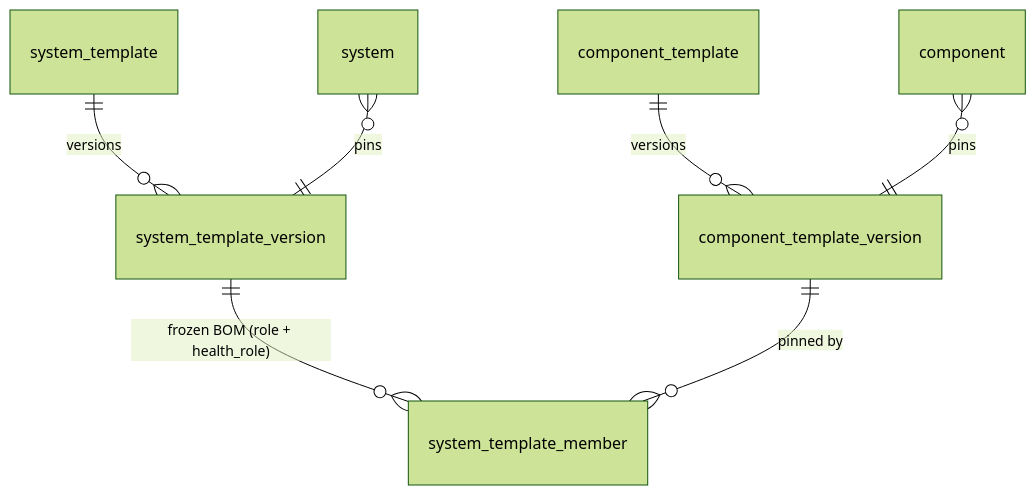
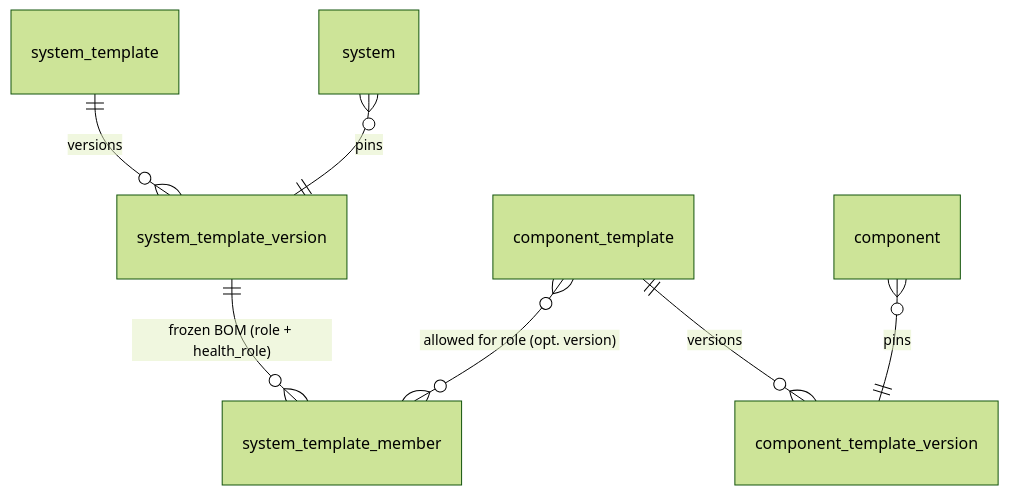
Before and after one commit to hyperscaleav/omniglass: the diagram in docs/src/content/docs/architecture/templates.md, drawn with Mermaid (forest theme). The commit also changed other lines of this file and 3 other files, not shown here.

First line of the commit message:
docs(architecture): simplify system role binding to an allow-list

````diff
--- a/docs/src/content/docs/architecture/templates.md
+++ b/docs/src/content/docs/architecture/templates.md
@@ -215,9 +204,9 @@
 ```mermaid
 erDiagram
   component_template ||--o{ component_template_version : versions
   system_template    ||--o{ system_template_version    : versions
   system_template_version ||--o{ system_template_member : "frozen BOM (role + health_role)"
-  component_template_version ||--o{ system_template_member : "pinned by"
+  component_template }o--o{ system_template_member : "allowed for role (opt. version)"
   component }o--|| component_template_version : pins
   system    }o--|| system_template_version    : pins
 ```
````
